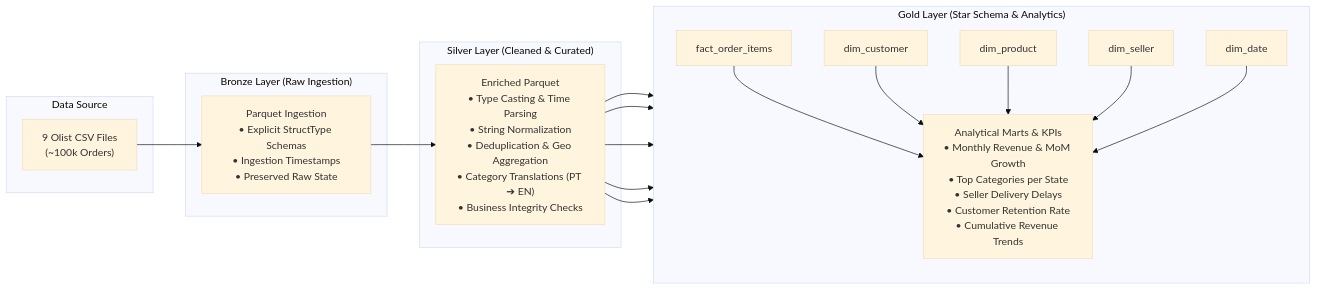
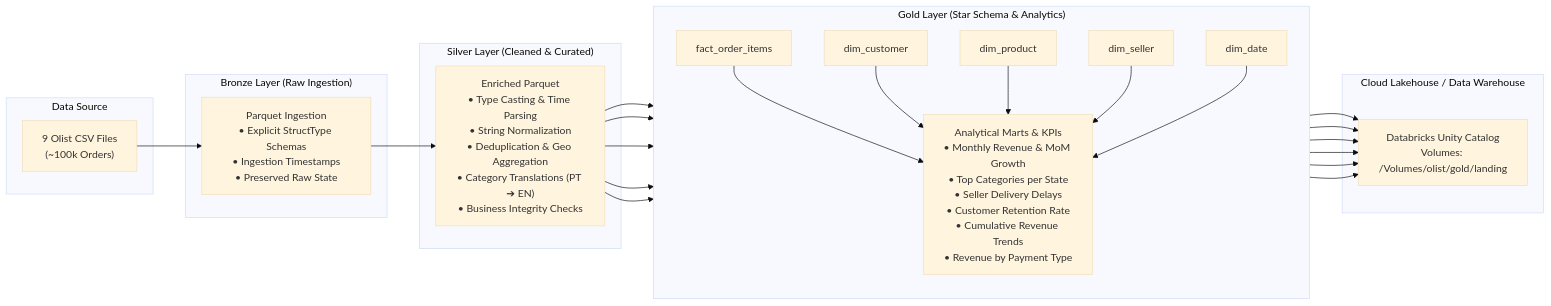
Before and after one commit to YahyaGhallali/Medallion-ecommerce: the first of 2 diagrams in README.md, drawn with Mermaid (base theme). The commit also changed other lines of this file, not shown here.

Commit message:
update README databricks

````diff
--- a/README.md
+++ b/README.md
@@ -16,33 +17,38 @@
 ```mermaid
 flowchart LR
     subgraph Raw["Data Source"]
         CSV["9 Olist CSV Files\n(~100k Orders)"]
     end
 
     subgraph Bronze["Bronze Layer (Raw Ingestion)"]
         B_P["Parquet Ingestion\n• Explicit StructType Schemas\n• Ingestion Timestamps\n• Preserved Raw State"]
     end
 
     subgraph Silver["Silver Layer (Cleaned & Curated)"]
         S_P["Enriched Parquet\n• Type Casting & Time Parsing\n• String Normalization\n• Deduplication & Geo Aggregation\n• Category Translations (PT ➔ EN)\n• Business Integrity Checks"]
     end
 
     subgraph Gold["Gold Layer (Star Schema & Analytics)"]
         direction TB
         F["fact_order_items"]
         D1["dim_customer"]
         D2["dim_product"]
         D3["dim_seller"]
         D4["dim_date"]
-        KPI["Analytical Marts & KPIs\n• Monthly Revenue & MoM Growth\n• Top Categories per State\n• Seller Delivery Delays\n• Customer Retention Rate\n• Cumulative Revenue Trends"]
+        KPI["Analytical Marts & KPIs\n• Monthly Revenue & MoM Growth\n• Top Categories per State\n• Seller Delivery Delays\n• Customer Retention Rate\n• Cumulative Revenue Trends\n• Revenue by Payment Type"]
+    end
+
+    subgraph Cloud["Cloud Lakehouse / Data Warehouse"]
+        DBX["Databricks Unity Catalog\nVolumes: /Volumes/olist/gold/landing"]
     end
 
     CSV --> B_P
     B_P --> S_P
     S_P --> F
     S_P --> D1
     S_P --> D2
     S_P --> D3
     S_P --> D4
     F & D1 & D2 & D3 & D4 --> KPI
+    F & D1 & D2 & D3 & D4 & KPI --> DBX
 ```
````
